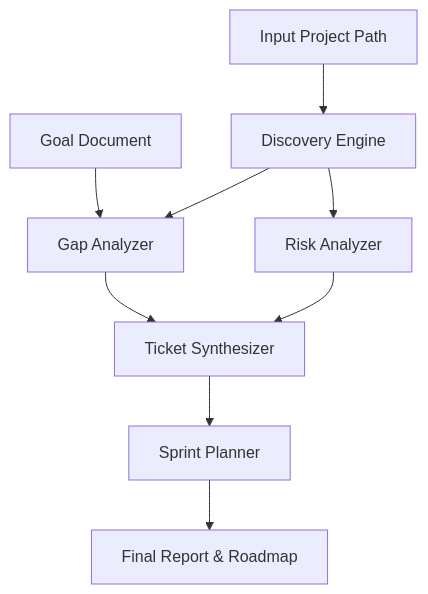
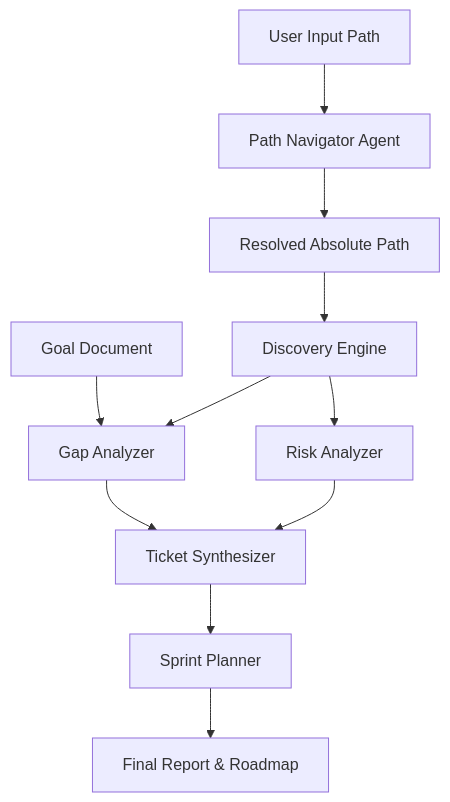
One commit to Hami0095/ai-architecture changed the diagram in ARCHAI_DESIGN.md. Above: the diagram before and after it, drawn with Mermaid. The commit also changed other lines of this file and 4 other files, not shown here.

Commit message:
Implement PathNavigator (Agent 0) for cross-platform path resolution and expanduser support

````diff
--- a/ARCHAI_DESIGN.md
+++ b/ARCHAI_DESIGN.md
@@ -9,11 +9,13 @@
 ```mermaid
 graph TD
-    A[Input Project Path] --> B[Discovery Engine]
+    UserIn[User Input Path] --> PN[Path Navigator Agent]
+    PN --> A[Resolved Absolute Path]
+    A --> B[Discovery Engine]
     C[Goal Document] --> D[Gap Analyzer]
     B --> D
     B --> E[Risk Analyzer]
     D --> F[Ticket Synthesizer]
     E --> F
     F --> G[Sprint Planner]
     G --> H[Final Report & Roadmap]
 ```
````
